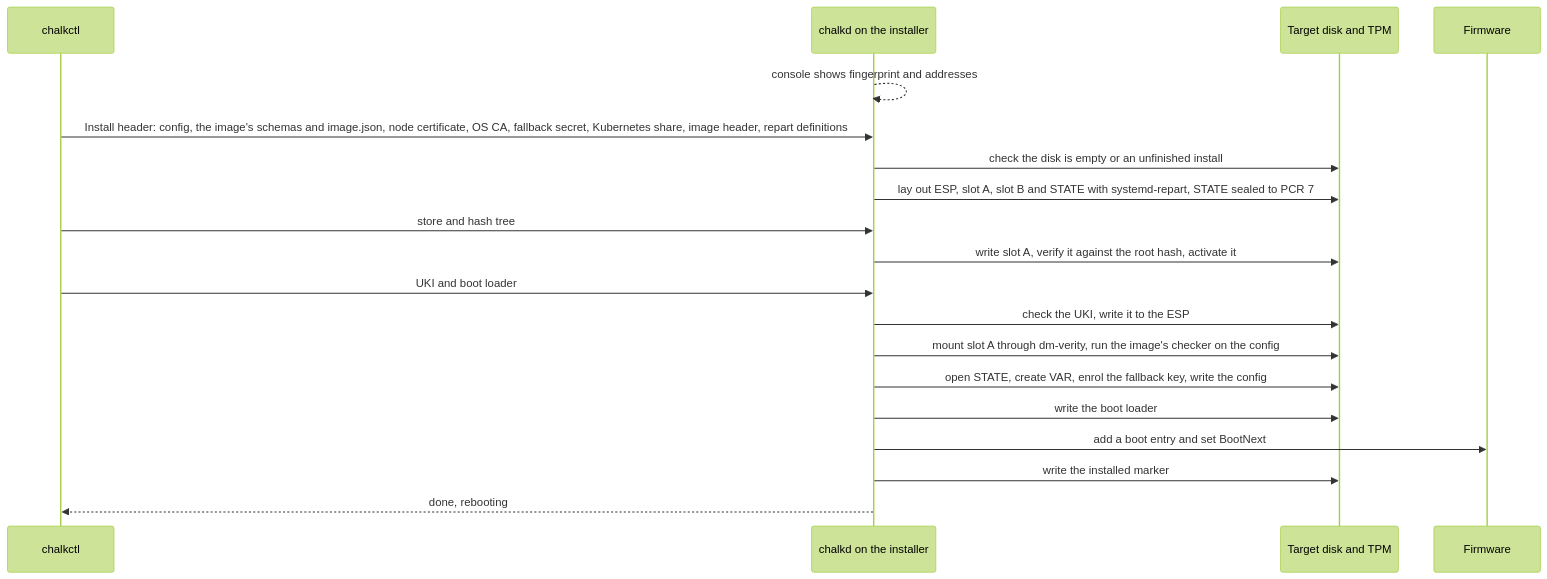
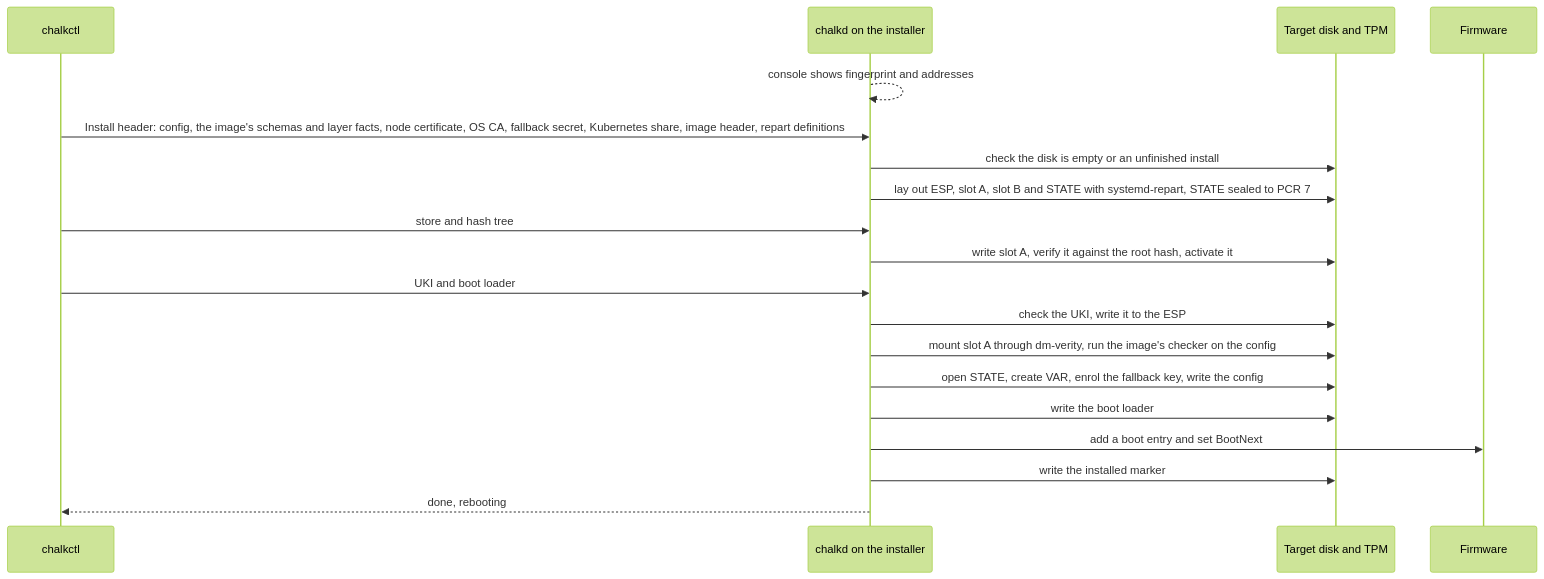
One commit to trevex/chalkos changed the second of 2 diagrams in docs/contribute/architecture.md. Above: the diagram before and after it, drawn with Mermaid (forest theme). The commit also changed other lines of this file and 7 other files, not shown here.

Commit message:
docs: describe the image directory's facts/ in place of image.json

````diff
--- a/docs/contribute/architecture.md
+++ b/docs/contribute/architecture.md
@@ -289,21 +290,21 @@
 ```mermaid
 sequenceDiagram
     participant chalkctl
     participant chalkd as chalkd on the installer
     participant disk as Target disk and TPM
     participant fw as Firmware
     chalkd-->>chalkd: console shows fingerprint and addresses
-    chalkctl->>chalkd: Install header: config, the image's schemas and image.json, node certificate, OS CA, fallback secret, Kubernetes share, image header, repart definitions
+    chalkctl->>chalkd: Install header: config, the image's schemas and layer facts, node certificate, OS CA, fallback secret, Kubernetes share, image header, repart definitions
     chalkd->>disk: check the disk is empty or an unfinished install
     chalkd->>disk: lay out ESP, slot A, slot B and STATE with systemd-repart, STATE sealed to PCR 7
     chalkctl->>chalkd: store and hash tree
     chalkd->>disk: write slot A, verify it against the root hash, activate it
     chalkctl->>chalkd: UKI and boot loader
     chalkd->>disk: check the UKI, write it to the ESP
     chalkd->>disk: mount slot A through dm-verity, run the image's checker on the config
     chalkd->>disk: open STATE, create VAR, enrol the fallback key, write the config
     chalkd->>disk: write the boot loader
     chalkd->>fw: add a boot entry and set BootNext
     chalkd->>disk: write the installed marker
     chalkd-->>chalkctl: done, rebooting
 ```
````
